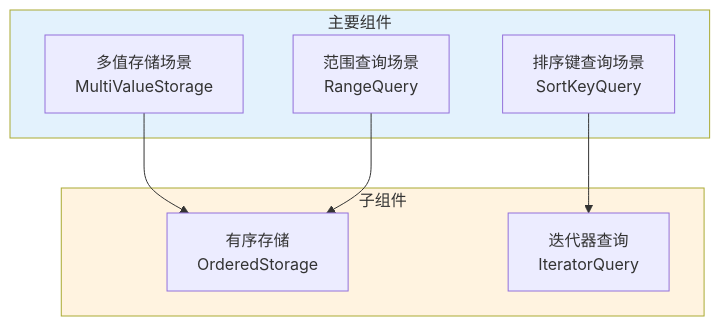
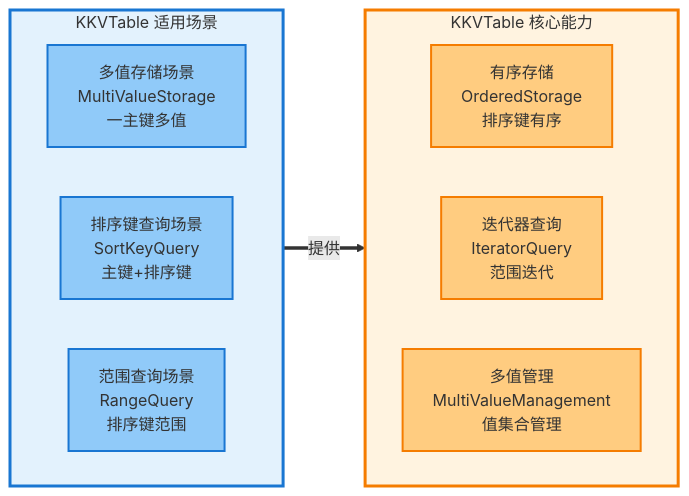
One commit to zhouzhilong-commits/zhouzhilong-commits.github.io changed diagram 20 of 28 in _posts/2025-07-14-indexlib-8-index-types.md. Above: the diagram before and after it, drawn with Mermaid. The commit also changed other lines of this file and 6 other files, not shown here.

````diff
--- a/_posts/2025-07-14-indexlib-8-index-types.md
+++ b/_posts/2025-07-14-indexlib-8-index-types.md
@@ -850,20 +1015,27 @@
 ```mermaid
-flowchart TD
-    subgraph Main["主要组件"]
-        A["多值存储场景<br/>MultiValueStorage"]
-        B["排序键查询场景<br/>SortKeyQuery"]
-        C["范围查询场景<br/>RangeQuery"]
+flowchart LR
+    subgraph Scene["KKVTable 适用场景"]
+        direction LR
+        A["多值存储场景<br/>MultiValueStorage<br/>一主键多值"]
+        B["排序键查询场景<br/>SortKeyQuery<br/>主键+排序键"]
+        C["范围查询场景<br/>RangeQuery<br/>排序键范围"]
     end
     
-    subgraph Sub["子组件"]
-        D["有序存储<br/>OrderedStorage"]
-        E["迭代器查询<br/>IteratorQuery"]
+    subgraph Feature["KKVTable 核心能力"]
+        direction LR
+        D["有序存储<br/>OrderedStorage<br/>排序键有序"]
+        E["迭代器查询<br/>IteratorQuery<br/>范围迭代"]
+        F["多值管理<br/>MultiValueManagement<br/>值集合管理"]
     end
     
-    A --> D
-    B --> E
-    C --> D
+    Scene ==>|提供| Feature
     
-    style Main fill:#e3f2fd
-    style Sub fill:#fff3e0
+    style Scene fill:#e3f2fd,stroke:#1976d2,stroke-width:3px
+    style Feature fill:#fff3e0,stroke:#f57c00,stroke-width:3px
+    style A fill:#90caf9,stroke:#1976d2,stroke-width:2px
+    style B fill:#90caf9,stroke:#1976d2,stroke-width:2px
+    style C fill:#90caf9,stroke:#1976d2,stroke-width:2px
+    style D fill:#ffcc80,stroke:#f57c00,stroke-width:2px
+    style E fill:#ffcc80,stroke:#f57c00,stroke-width:2px
+    style F fill:#ffcc80,stroke:#f57c00,stroke-width:2px
 ```
````
